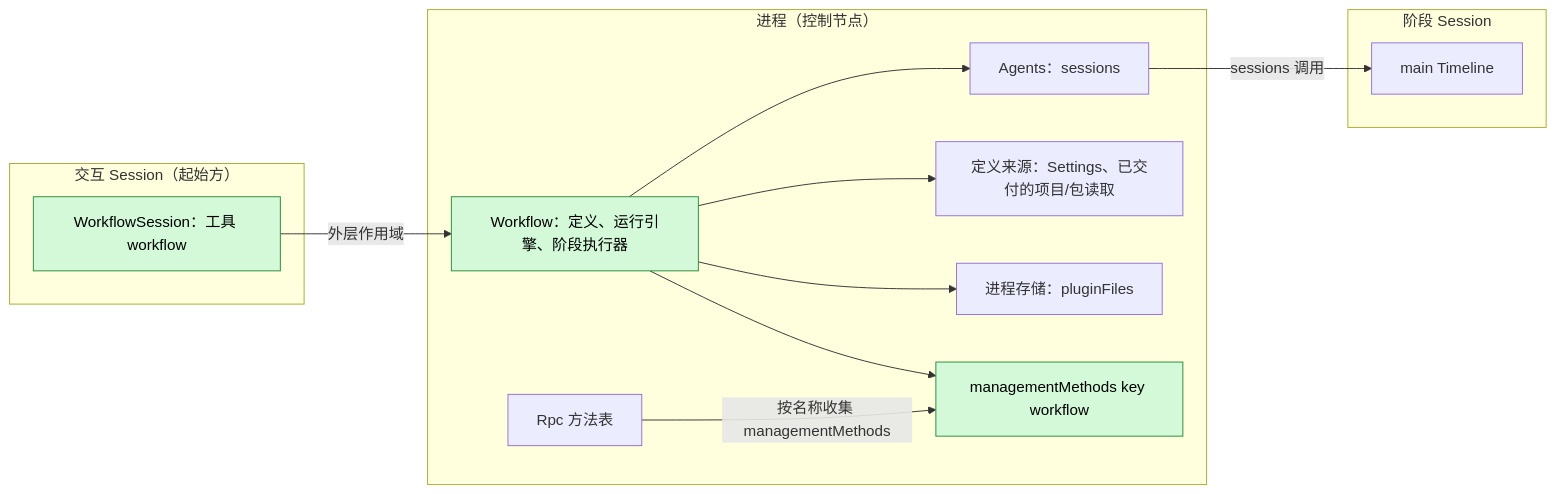
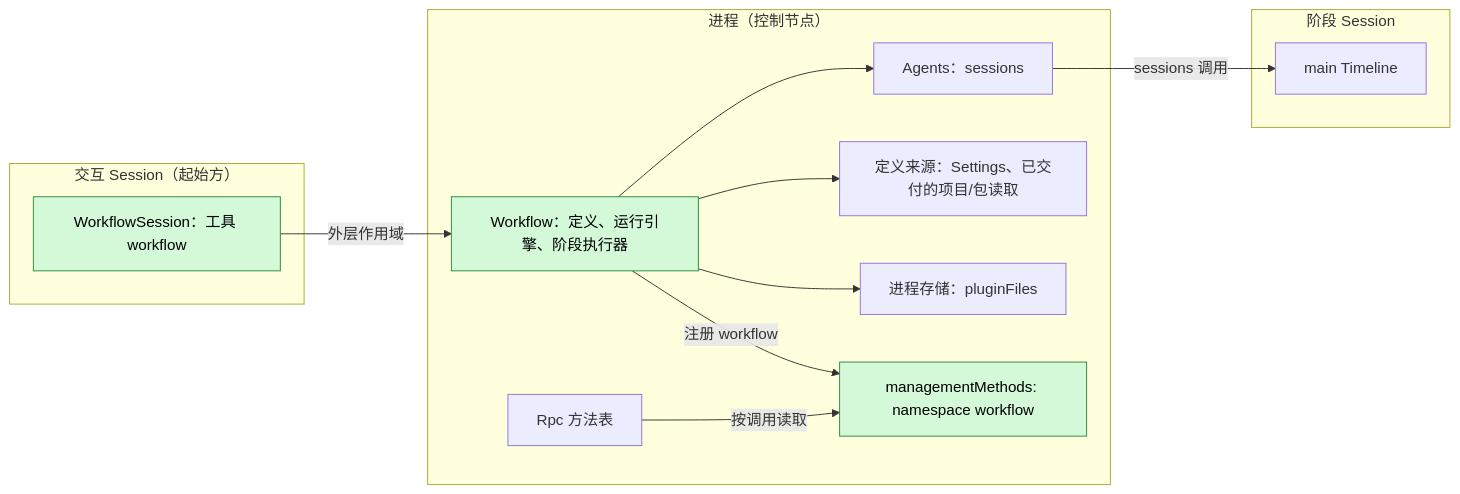
One commit to CoutinhoTTS/dim-agent changed the first of 6 diagrams in docs/zh/design/plugins/Workflow.md. Above: the diagram before and after it, drawn with Mermaid. The commit also changed other lines of this file and 163 other files, not shown here.

````diff
--- a/docs/zh/design/plugins/Workflow.md
+++ b/docs/zh/design/plugins/Workflow.md
@@ -13,26 +13,26 @@
 ```mermaid
 flowchart LR
   subgraph PROC["进程（控制节点）"]
     WF["Workflow：定义、运行引擎、阶段执行器"]
-    MM["managementMethods key workflow"]
+    MM["managementMethods: namespace workflow"]
     Agents["Agents：sessions"]
     Set["定义来源：Settings、已交付的项目/包读取"]
     Store["进程存储：pluginFiles"]
     Rpc["Rpc 方法表"]
   end
   subgraph SESS["交互 Session（起始方）"]
     Tool["WorkflowSession：工具 workflow"]
   end
   subgraph STG["阶段 Session"]
     TL["main Timeline"]
   end
   Tool -->|"外层作用域"| WF
   WF --> Agents
   WF --> Set
   WF --> Store
-  WF --> MM
-  Rpc -->|"按名称收集 managementMethods"| MM
+  WF -->|"注册 workflow"| MM
+  Rpc -->|"按调用读取"| MM
   Agents -->|"sessions 调用"| TL
   classDef new fill:#d3f9d8,stroke:#2b8a3e,color:#000
   class WF,MM,Tool new
 ```
````
